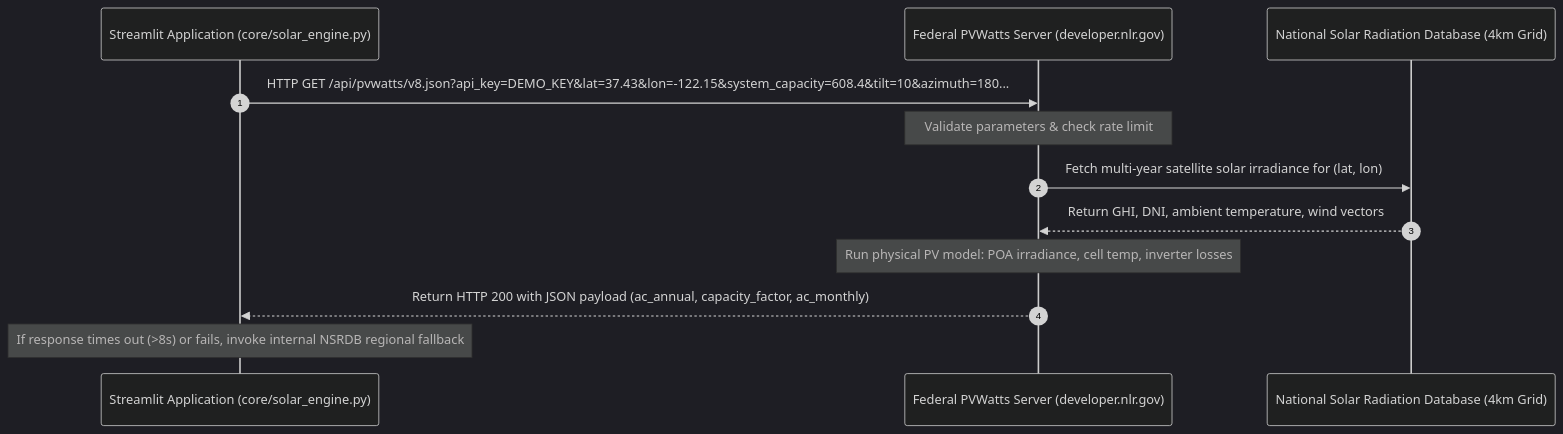
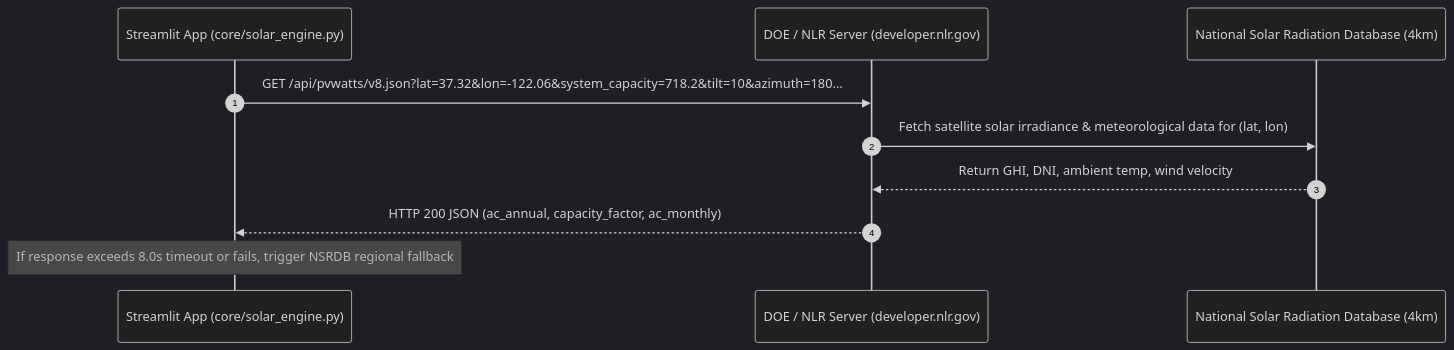
One commit to pranav-balaji/svyca2026 changed the third of 3 diagrams in DetailedDesignDocument.md. Above: the diagram before and after it, drawn with Mermaid (dark theme). The commit also changed other lines of this file and 3 other files, not shown here.

````diff
--- a/DetailedDesignDocument.md
+++ b/DetailedDesignDocument.md
@@ -102,15 +99,13 @@
 ```mermaid
 sequenceDiagram
     autonumber
-    participant App as Streamlit Application (core/solar_engine.py)
-    participant NLR as Federal PVWatts Server (developer.nlr.gov)
-    participant NSRDB as National Solar Radiation Database (4km Grid)
+    participant App as Streamlit App (core/solar_engine.py)
+    participant NLR as DOE / NLR Server (developer.nlr.gov)
+    participant NSRDB as National Solar Radiation Database (4km)
 
-    App->>NLR: HTTP GET /api/pvwatts/v8.json?api_key=DEMO_KEY&lat=37.43&lon=-122.15&system_capacity=608.4&tilt=10&azimuth=180...
-    Note over NLR: Validate parameters & check rate limit
-    NLR->>NSRDB: Fetch multi-year satellite solar irradiance for (lat, lon)
-    NSRDB-->>NLR: Return GHI, DNI, ambient temperature, wind vectors
-    Note over NLR: Run physical PV model: POA irradiance, cell temp, inverter losses
-    NLR-->>App: Return HTTP 200 with JSON payload (ac_annual, capacity_factor, ac_monthly)
-    Note over App: If response times out (>8s) or fails, invoke internal NSRDB regional fallback
+    App->>NLR: GET /api/pvwatts/v8.json?lat=37.32&lon=-122.06&system_capacity=718.2&tilt=10&azimuth=180...
+    NLR->>NSRDB: Fetch satellite solar irradiance & meteorological data for (lat, lon)
+    NSRDB-->>NLR: Return GHI, DNI, ambient temp, wind velocity
+    NLR-->>App: HTTP 200 JSON (ac_annual, capacity_factor, ac_monthly)
+    Note over App: If response exceeds 8.0s timeout or fails, trigger NSRDB regional fallback
 ```
````
